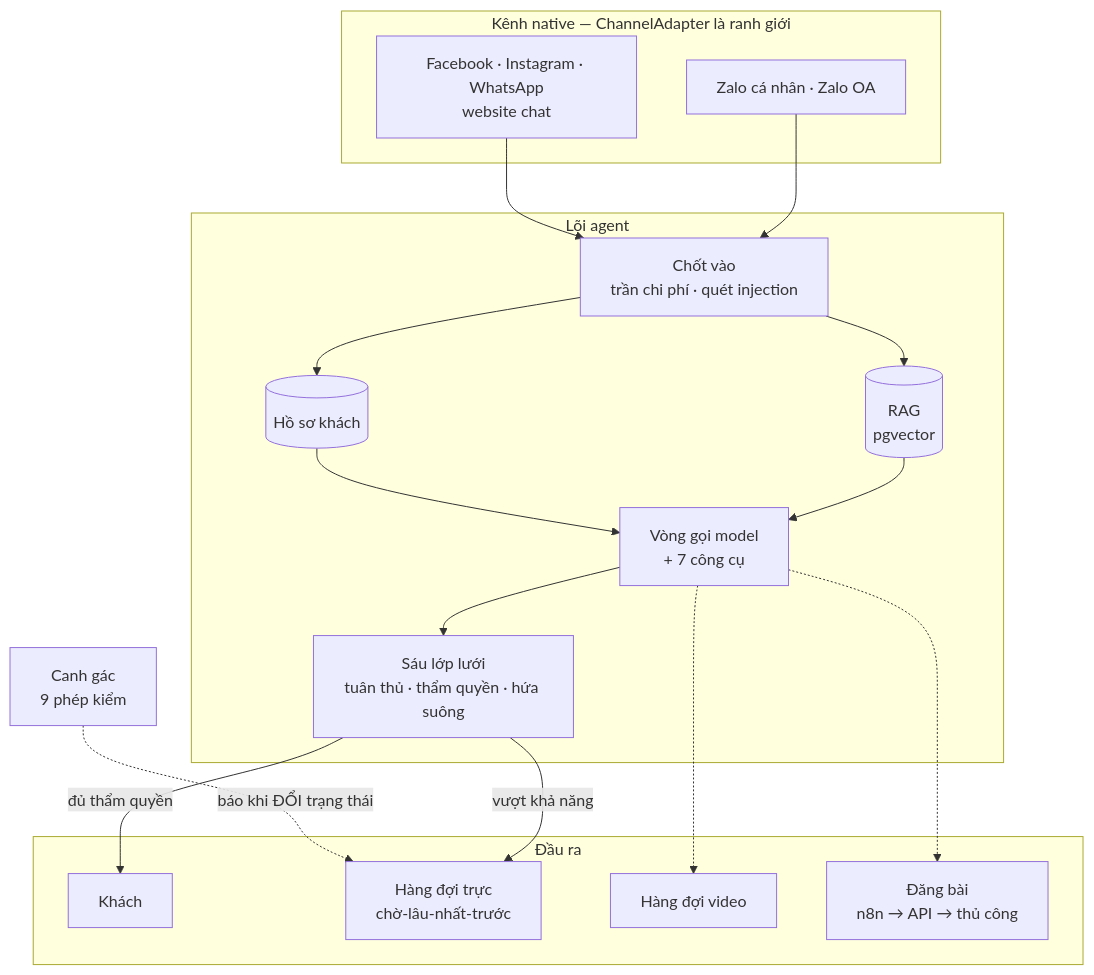
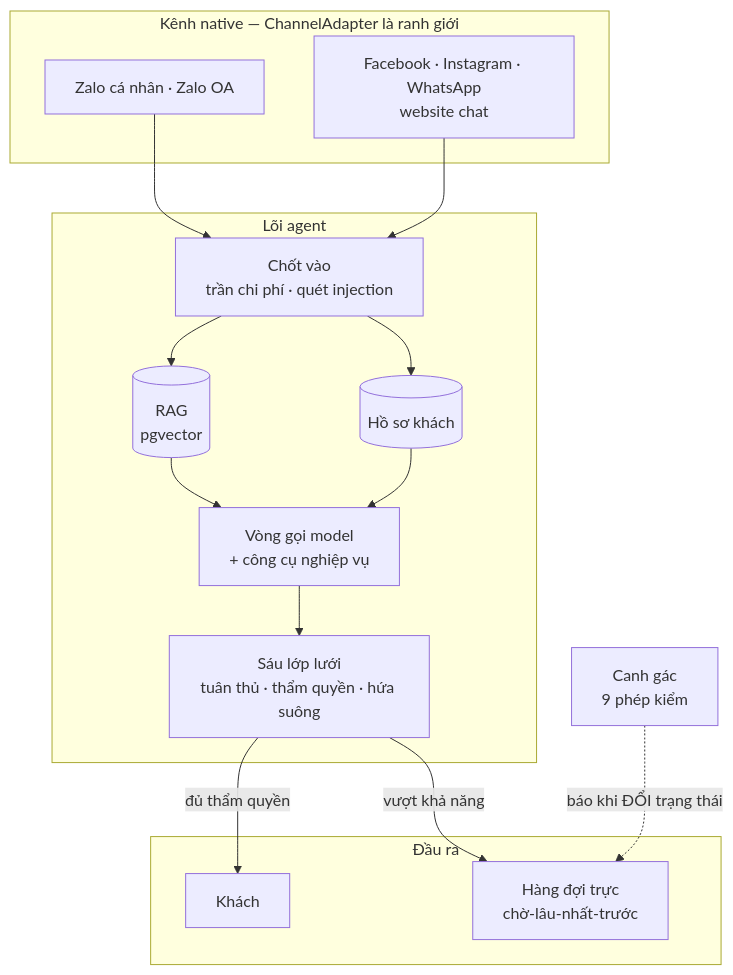
Before and after one commit to Harry-Kien/MarketingAgentDashboard: the first of 4 diagrams in docs/kien-truc.md, drawn with Mermaid. The commit also changed other lines of this file and 106 other files, not shown here.

First line of the commit message:
Gỡ tính năng video và đăng bài khỏi mã: hệ thống chỉ còn làm CSKH

````diff
--- a/docs/kien-truc.md
+++ b/docs/kien-truc.md
@@ -20,30 +21,27 @@
 ```mermaid
 flowchart TB
     subgraph kenh["Kênh native — ChannelAdapter là ranh giới"]
         zalo["Zalo cá nhân · Zalo OA"]
         cw["Facebook · Instagram · WhatsApp<br/>website chat"]
     end
 
     subgraph loi["Lõi agent"]
         gac["Chốt vào<br/>trần chi phí · quét injection"]
         rag[("RAG<br/>pgvector")]
         hs[("Hồ sơ khách")]
-        llm["Vòng gọi model<br/>+ 7 công cụ"]
+        llm["Vòng gọi model<br/>+ công cụ nghiệp vụ"]
         luoi["Sáu lớp lưới<br/>tuân thủ · thẩm quyền · hứa suông"]
     end
 
     subgraph ra["Đầu ra"]
         khach["Khách"]
         nguoi["Hàng đợi trực<br/>chờ-lâu-nhất-trước"]
-        video["Hàng đợi video"]
-        bai["Đăng bài<br/>n8n → API → thủ công"]
     end
 
     zalo & cw --> gac
     gac --> rag & hs --> llm --> luoi
     luoi -->|đủ thẩm quyền| khach
     luoi -->|vượt khả năng| nguoi
-    llm -.-> video & bai
 
     canh["Canh gác<br/>9 phép kiểm"] -.->|báo khi ĐỔI trạng thái| nguoi
 ```
````
